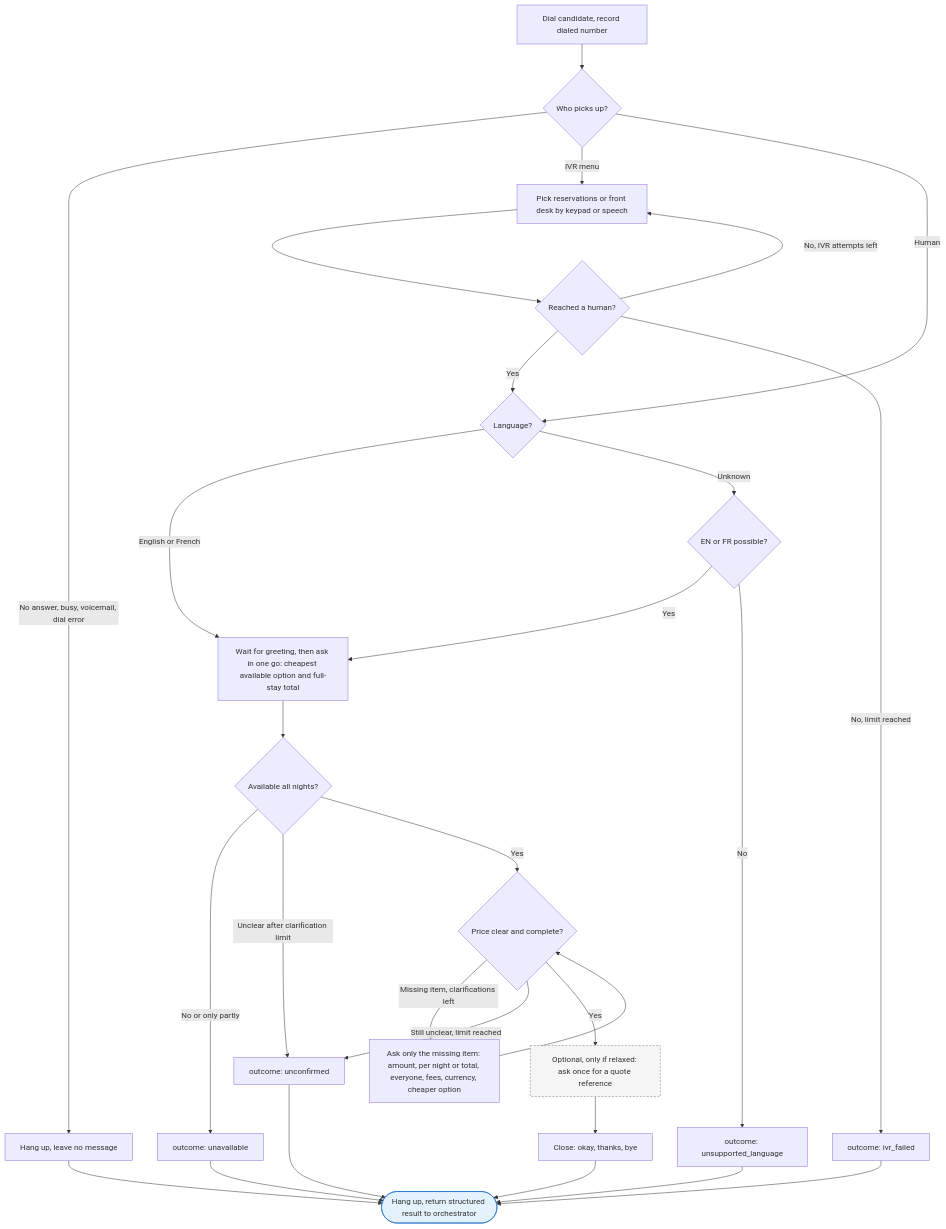
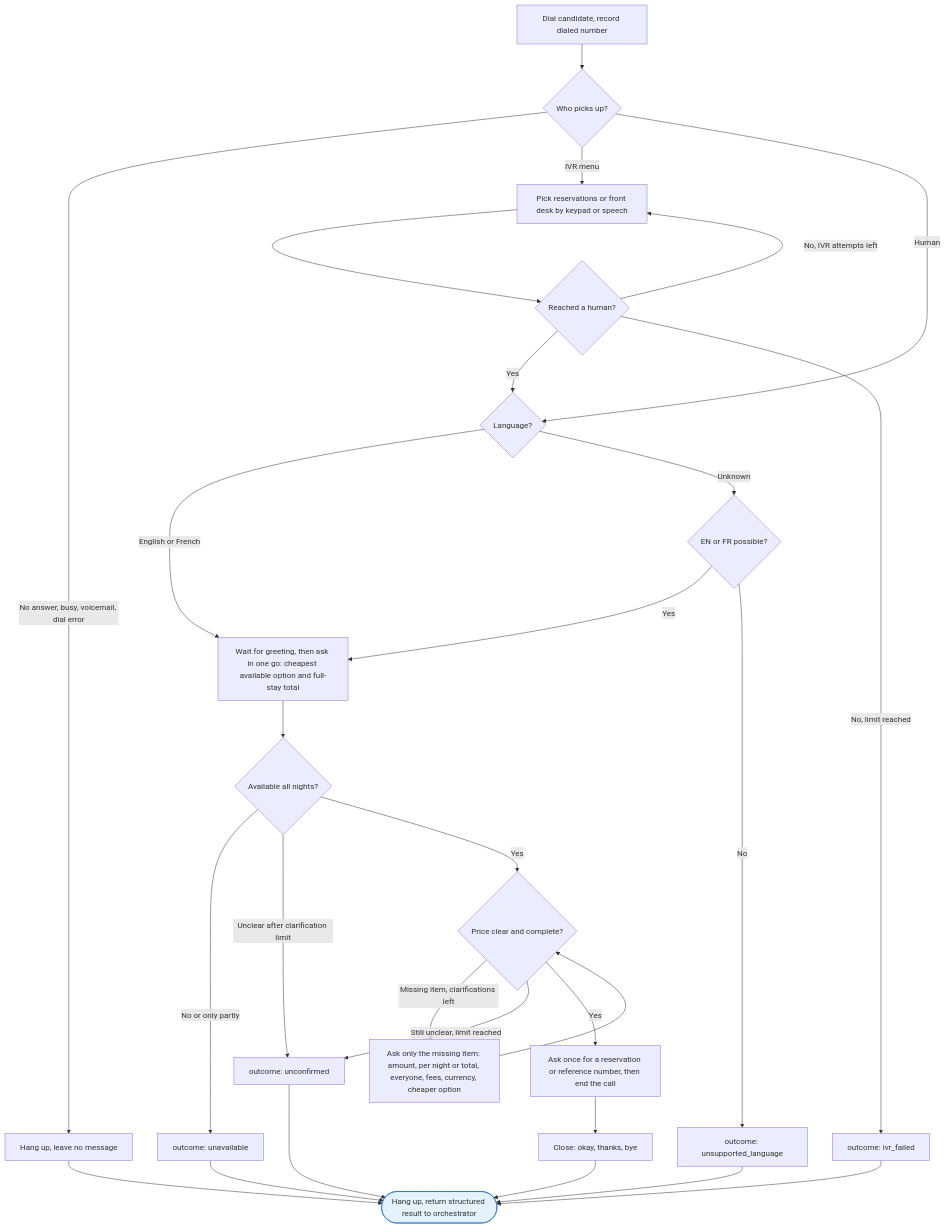
Before and after one commit to iratansh/Team-SprintMasters: the second of 2 diagrams in call-flow.md, drawn with Mermaid. The commit also changed other lines of this file and 2 other files, not shown here.

First line of the commit message:
Call agent v0.7: price only, ask once for reservation #, then hang up; new email template

````diff
--- a/call-flow.md
+++ b/call-flow.md
@@ -103,32 +105,31 @@
 ```mermaid
 flowchart TD
     Dial["Dial candidate, record dialed number"] --> Who{"Who picks up?"}
     Who -->|"No answer, busy, voicemail, dial error"| Fail1["Hang up, leave no message"]
     Who -->|"IVR menu"| IVR["Pick reservations or front desk by keypad or speech"]
     IVR --> IVRok{"Reached a human?"}
     IVRok -->|"Yes"| Lang
     IVRok -->|"No, IVR attempts left"| IVR
     IVRok -->|"No, limit reached"| Fail2["outcome: ivr_failed"]
     Who -->|"Human"| Lang{"Language?"}
     Lang -->|"English or French"| Open["Wait for greeting, then ask in one go: cheapest available option and full-stay total"]
     Lang -->|"Unknown"| LangQ{"EN or FR possible?"}
     LangQ -->|"Yes"| Open
     LangQ -->|"No"| Fail3["outcome: unsupported_language"]
     Open --> Avail{"Available all nights?"}
     Avail -->|"No or only partly"| Fail4["outcome: unavailable"]
     Avail -->|"Unclear after clarification limit"| Fail5["outcome: unconfirmed"]
     Avail -->|"Yes"| Gap{"Price clear and complete?"}
     Gap -->|"Missing item, clarifications left"| AskGap["Ask only the missing item: amount, per night or total, everyone, fees, currency, cheaper option"]
     AskGap --> Gap
     Gap -->|"Still unclear, limit reached"| Fail5
-    Gap -->|"Yes"| Ref["Optional, only if relaxed: ask once for a quote reference"]
+    Gap -->|"Yes"| Ref["Ask once for a reservation or reference number, then end the call"]
     Ref --> Close["Close: okay, thanks, bye"]
     Close --> Ret(["Hang up, return structured result to orchestrator"])
     Fail1 --> Ret
     Fail2 --> Ret
     Fail3 --> Ret
     Fail4 --> Ret
     Fail5 --> Ret
     style Ret fill:#e3f2fd,stroke:#1565c0
-    style Ref fill:#f5f5f5,stroke:#757575,stroke-dasharray: 4 3
 ```
````
